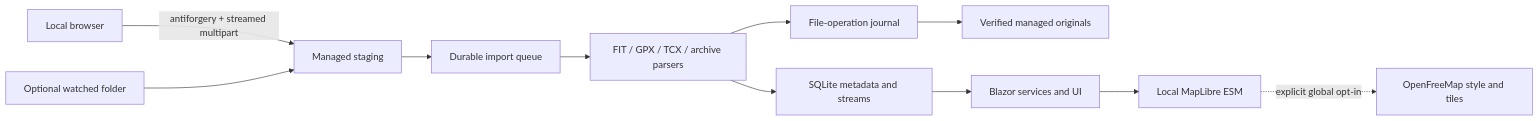
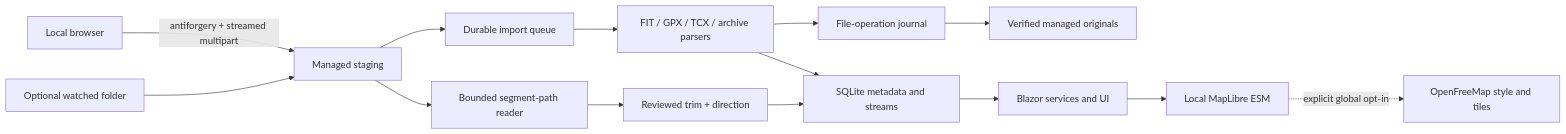
Before and after one commit to Peter537/activity-explorer: the first of 2 diagrams in docs/architecture.md, drawn with Mermaid. The commit also changed other lines of this file and 49 other files, not shown here.

First line of the commit message:
add local segment imports, visual creation, and grade analysis

```diff
--- a/docs/architecture.md
+++ b/docs/architecture.md
@@ -5,13 +5,16 @@
 ~~~mermaid
 flowchart LR
     Browser["Local browser"] -->|"antiforgery + streamed multipart"| Stage["Managed staging"]
     Folder["Optional watched folder"] --> Stage
     Stage --> Queue["Durable import queue"]
     Queue --> Parser["FIT / GPX / TCX / archive parsers"]
+    Stage --> SegmentReader["Bounded segment-path reader"]
+    SegmentReader --> LocalSegment["Reviewed trim + direction"]
+    LocalSegment --> SQLite
     Parser --> Journal["File-operation journal"]
     Journal --> Originals["Verified managed originals"]
     Parser --> SQLite["SQLite metadata and streams"]
     SQLite --> UI["Blazor services and UI"]
     UI --> LocalMap["Local MapLibre ESM"]
     LocalMap -. "explicit global opt-in" .-> Online["OpenFreeMap style and tiles"]
 ~~~
```
